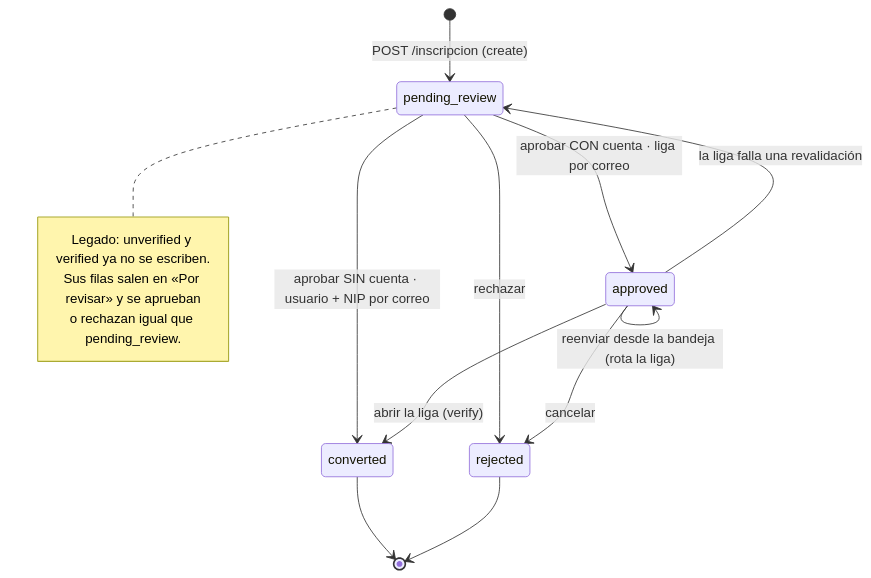
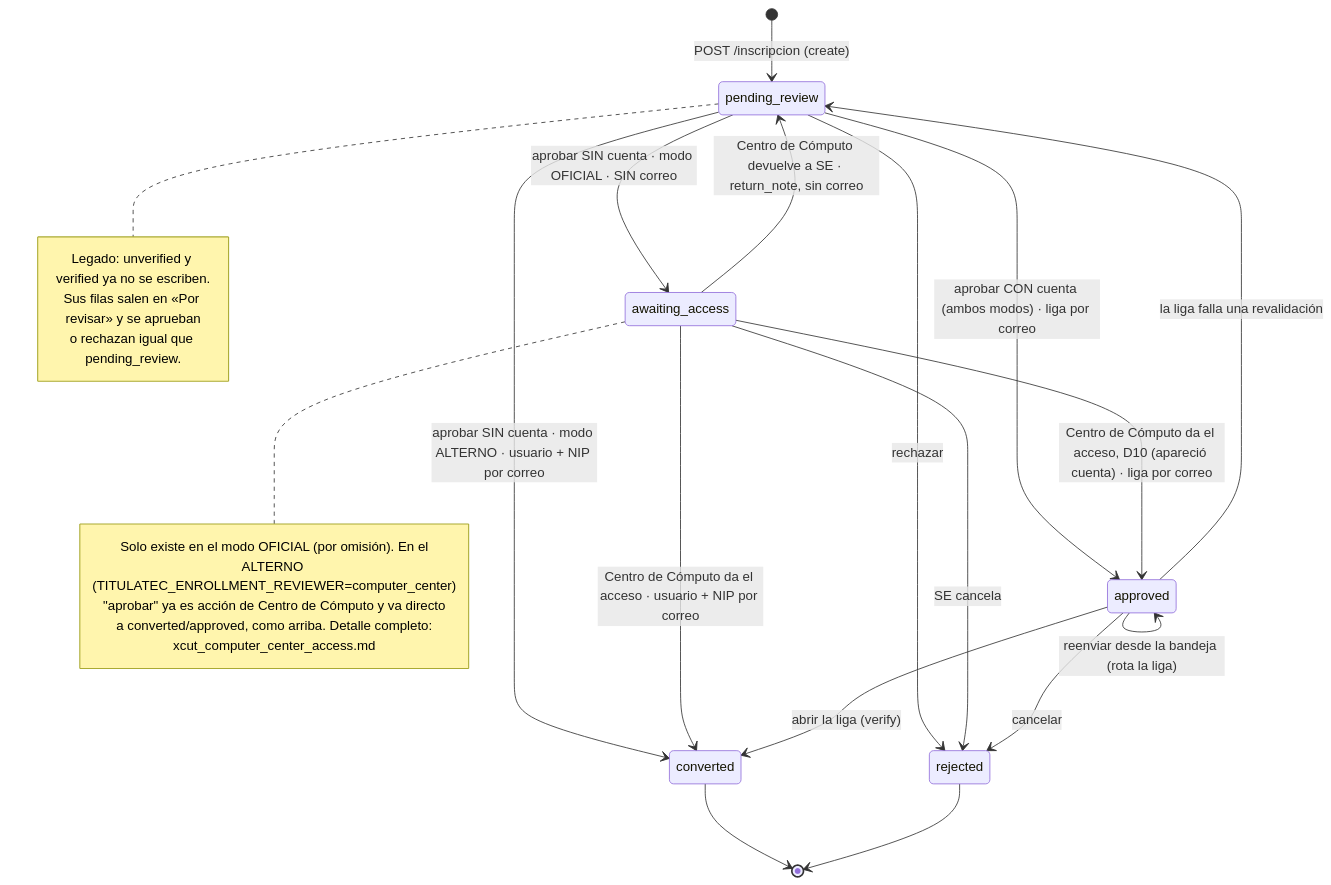
One commit to Erne1357/itcj changed the first of 2 diagrams in itcj2/apps/titulatec/docs/flows/xcut_public_enrollment.md. Above: the diagram before and after it, drawn with Mermaid. The commit also changed other lines of this file and 4 other files, not shown here.

First line of the commit message:
docs(titulatec): flujo de accesos de Centro de Cómputo

````diff
--- a/itcj2/apps/titulatec/docs/flows/xcut_public_enrollment.md
+++ b/itcj2/apps/titulatec/docs/flows/xcut_public_enrollment.md
@@ -125,18 +125,30 @@
 ```mermaid
 stateDiagram-v2
     [*] --> pending_review: POST /inscripcion (create)
-    pending_review --> converted: aprobar SIN cuenta · usuario + NIP por correo
-    pending_review --> approved: aprobar CON cuenta · liga por correo
+    pending_review --> awaiting_access: aprobar SIN cuenta · modo OFICIAL · SIN correo
+    pending_review --> converted: aprobar SIN cuenta · modo ALTERNO · usuario + NIP por correo
+    pending_review --> approved: aprobar CON cuenta (ambos modos) · liga por correo
+    awaiting_access --> converted: Centro de Cómputo da el acceso · usuario + NIP por correo
+    awaiting_access --> approved: Centro de Cómputo da el acceso, D10 (apareció cuenta) · liga por correo
+    awaiting_access --> pending_review: Centro de Cómputo devuelve a SE · return_note, sin correo
     approved --> converted: abrir la liga (verify)
     approved --> pending_review: la liga falla una revalidación
     approved --> approved: reenviar desde la bandeja (rota la liga)
     pending_review --> rejected: rechazar
+    awaiting_access --> rejected: SE cancela
     approved --> rejected: cancelar
     converted --> [*]
     rejected --> [*]
     note right of pending_review
         Legado: unverified y verified ya no se escriben.
         Sus filas salen en «Por revisar» y se aprueban
         o rechazan igual que pending_review.
     end note
+    note right of awaiting_access
+        Solo existe en el modo OFICIAL (por omisión). En el
+        ALTERNO (TITULATEC_ENROLLMENT_REVIEWER=computer_center)
+        "aprobar" ya es acción de Centro de Cómputo y va directo
+        a converted/approved, como arriba. Detalle completo:
+        xcut_computer_center_access.md
+    end note
 ```
````
